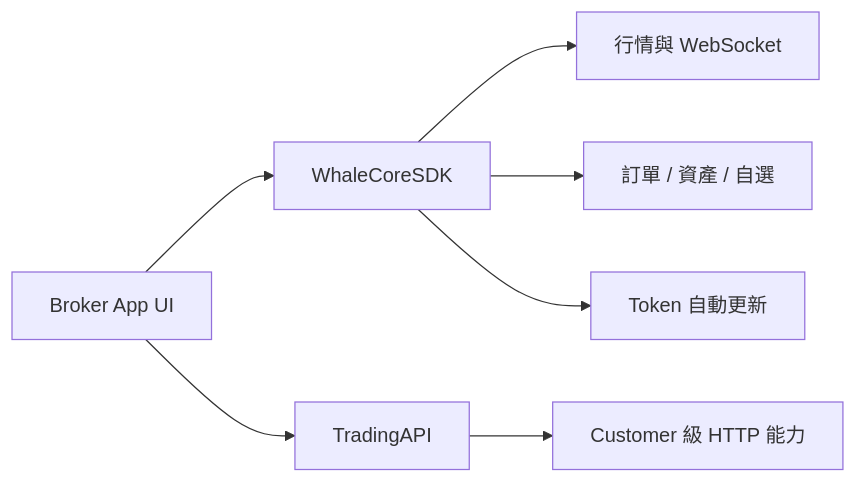
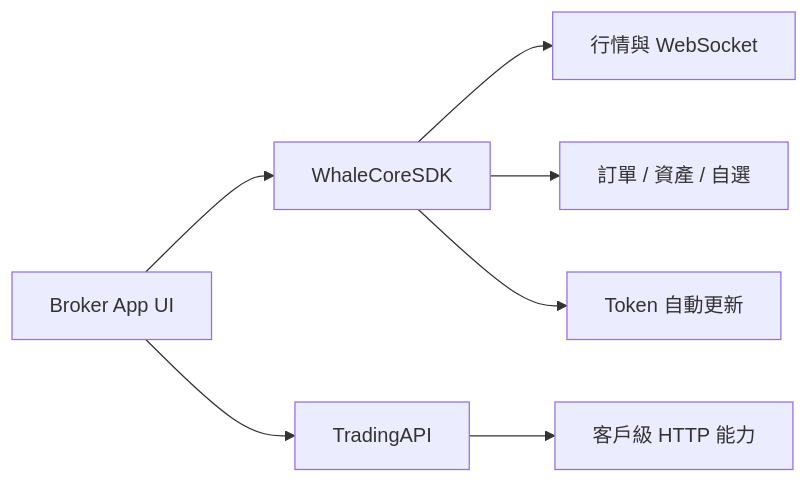
One commit to longbridge/whale-docs changed the diagram in docs/zh-HK/whalesdk/whalecore/overview.mdx. Above: the diagram before and after it, drawn with Mermaid. The commit also changed other lines of this file and 72 other files, not shown here.

````diff
--- a/docs/zh-HK/whalesdk/whalecore/overview.mdx
+++ b/docs/zh-HK/whalesdk/whalecore/overview.mdx
@@ -31,9 +31,9 @@
 ```mermaid
 flowchart LR
     A[Broker App UI] --> B[WhaleCoreSDK]
     B --> C[行情與 WebSocket]
     B --> D[訂單 / 資產 / 自選]
     B --> E[Token 自動更新]
     A --> F[TradingAPI]
-    F --> G[Customer 級 HTTP 能力]
+    F --> G[客戶級 HTTP 能力]
 ```
````
